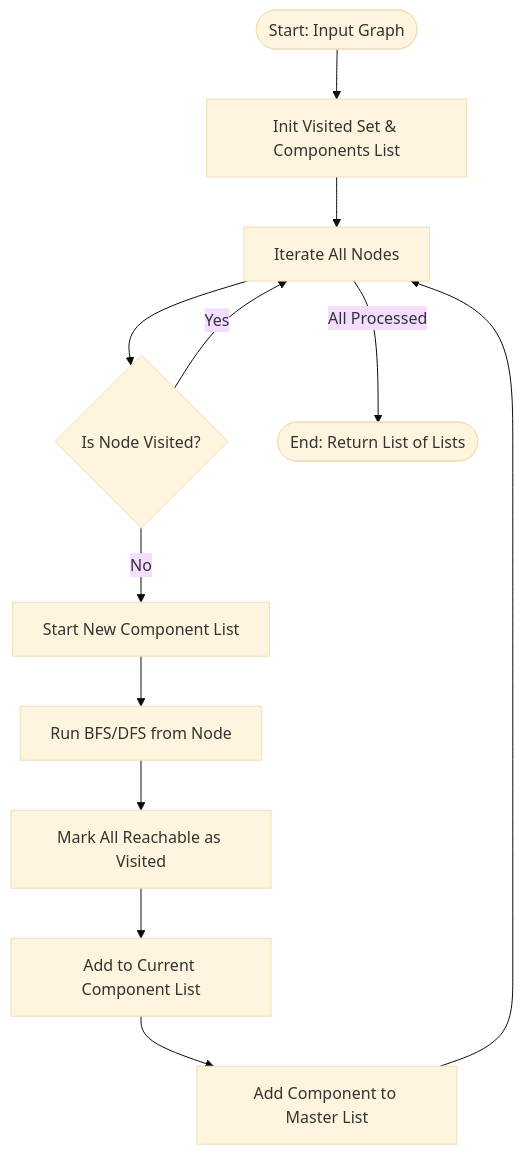
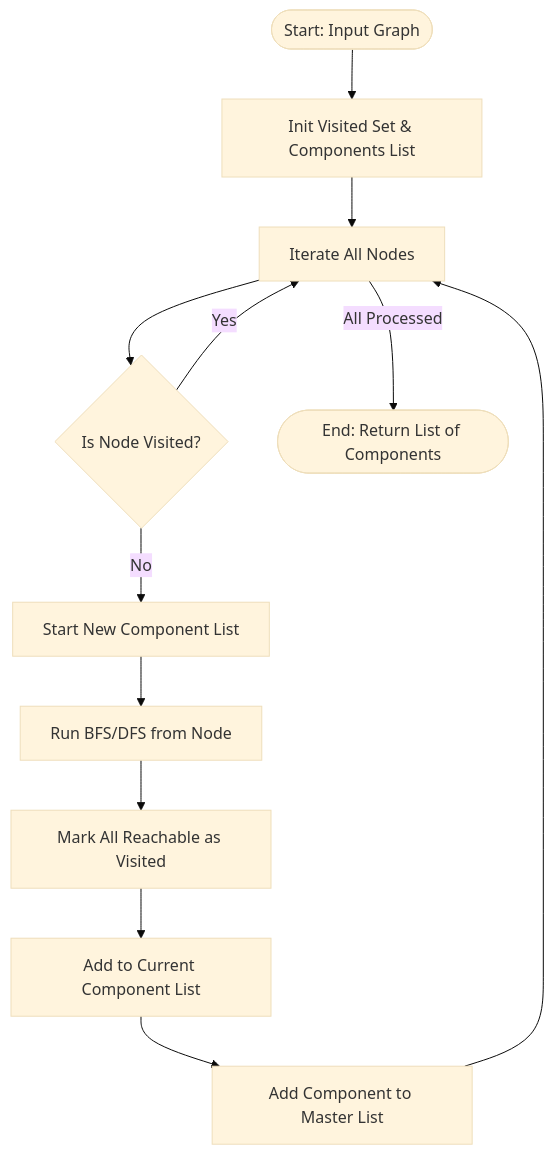
Before and after one commit to DevBD1/graphSNA: the fifth of 7 diagrams in README.md, drawn with Mermaid (base theme). The commit also changed other lines of this file and 5 other files, not shown here.

````diff
--- a/README.md
+++ b/README.md
@@ -224,14 +239,14 @@
 ```mermaid
 flowchart TD
     A([Start: Input Graph]) --> B[Init Visited Set & Components List]
     B --> C[Iterate All Nodes]
     C --> D{Is Node Visited?}
     D -- Yes --> C
     D -- No --> E[Start New Component List]
     E --> F[Run BFS/DFS from Node]
     F --> G[Mark All Reachable as Visited]
     G --> H[Add to Current Component List]
     H --> I[Add Component to Master List]
     I --> C
-    C -- All Processed --> J([End: Return List of Lists])
+    C -- All Processed --> J([End: Return List of Components])
 ```
````
